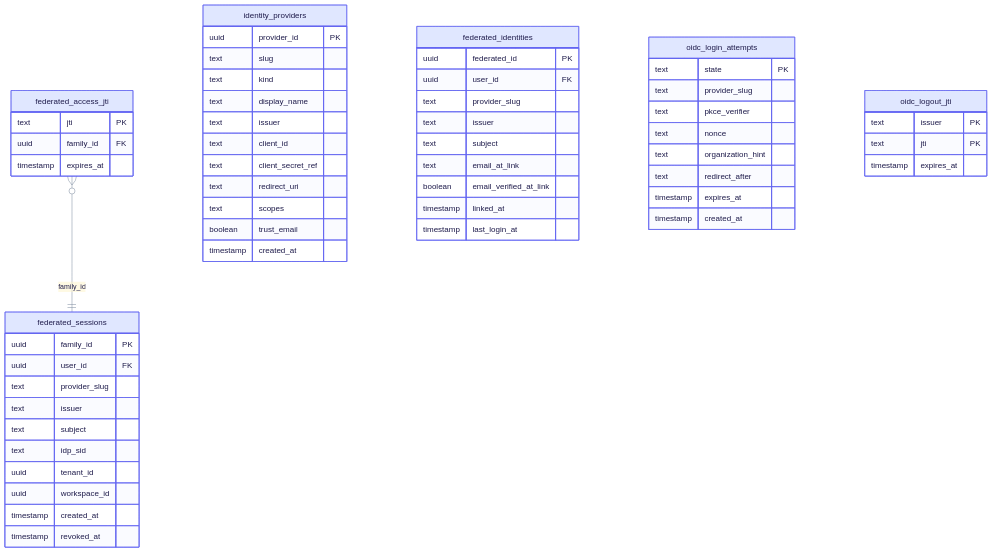
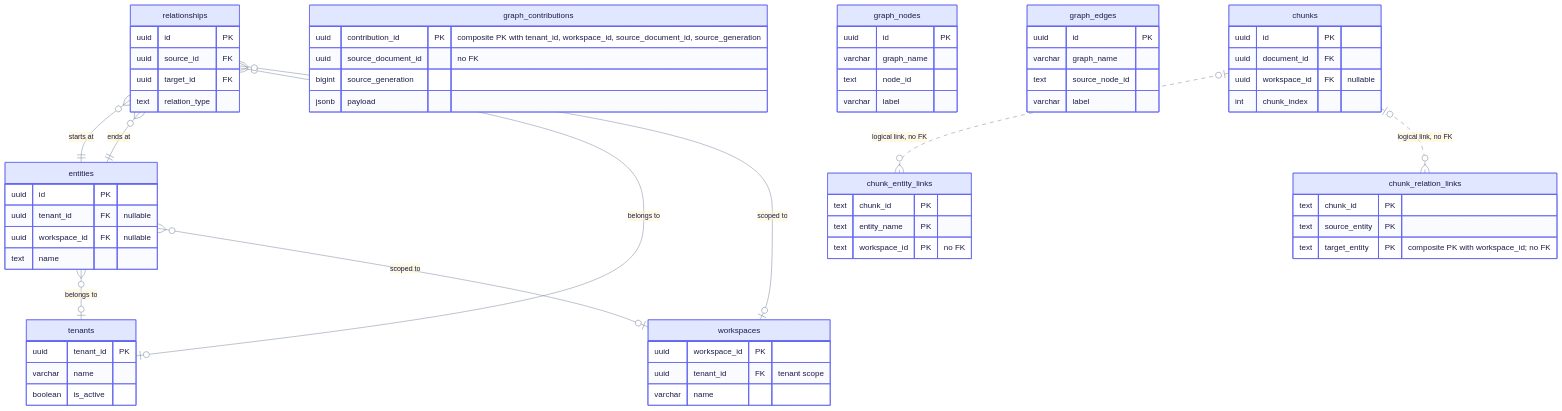
Before and after one commit to raphaelmansuy/edgequake: the fourth of 14 diagrams in docs/data-layer/schema-er.md, drawn with Mermaid. The commit also changed other lines of this file and 194 other files, not shown here.

First line of the commit message:
Refresh docs against code and rebuild schema E/R as progressive steps

````diff
--- a/docs/data-layer/schema-er.md
+++ b/docs/data-layer/schema-er.md
@@ -186,62 +146,69 @@
 ```mermaid
 %%{init: {"theme":"base","themeVariables":{"primaryColor":"#E0E7FF","primaryBorderColor":"#6366F1","primaryTextColor":"#1E1B4B","secondaryColor":"#D1FAE5","secondaryBorderColor":"#10B981","secondaryTextColor":"#064E3B","tertiaryColor":"#FEF3C7","tertiaryBorderColor":"#F59E0B","tertiaryTextColor":"#6B7A90","lineColor":"#7A889C","clusterBkg":"rgba(99,102,241,0.07)","clusterBorder":"#A5B4FC","noteBkgColor":"#FEF9C3","noteTextColor":"#422006","textColor":"#6B7A90","titleColor":"#6B7A90","signalColor":"#7A889C","signalTextColor":"#6B7A90","loopTextColor":"#6B7A90","edgeLabelBackground":"#F1F5F9","actorLineColor":"#94A3B8"}}}%%
 %% eq-theme:v1
 erDiagram
-    federated_access_jti }o--|| federated_sessions : "family_id"
-    identity_providers {
-        uuid provider_id PK
-        text slug
-        text kind
-        text display_name
-        text issuer
-        text client_id
-        text client_secret_ref
-        text redirect_uri
-        text scopes
-        boolean trust_email
-        timestamp created_at
+    entities {
+        uuid id PK
+        uuid tenant_id FK "nullable"
+        uuid workspace_id FK "nullable"
+        text name
     }
-    federated_identities {
-        uuid federated_id PK
-        uuid user_id FK
-        text provider_slug
-        text issuer
-        text subject
-        text email_at_link
-        boolean email_verified_at_link
-        timestamp linked_at
-        timestamp last_login_at
+    relationships {
+        uuid id PK
+        uuid source_id FK
+        uuid target_id FK
+        text relation_type
     }
-    federated_sessions {
-        uuid family_id PK
-        uuid user_id FK
-        text provider_slug
-        text issuer
-        text subject
-        text idp_sid
-        uuid tenant_id
-        uuid workspace_id
-        timestamp created_at
-        timestamp revoked_at
+    chunk_entity_links {
+        text chunk_id PK
+        text entity_name PK
+        text workspace_id PK "no FK"
     }
-    federated_access_jti {
-        text jti PK
-        uuid family_id FK
-        timestamp expires_at
+    chunk_relation_links {
+        text chunk_id PK
+        text source_entity PK
+        text target_entity PK "composite PK with workspace_id; no FK"
     }
-    oidc_login_attempts {
-        text state PK
-        text provider_slug
-        text pkce_verifier
-        text nonce
-        text organization_hint
-        text redirect_after
-        timestamp expires_at
-        timestamp created_at
+    graph_contributions {
+        uuid contribution_id PK "composite PK with tenant_id, workspace_id, source_document_id, source_generation"
+        uuid source_document_id "no FK"
+        bigint source_generation
+        jsonb payload
     }
-    oidc_logout_jti {
-        text issuer PK
-        text jti PK
-        timestamp expires_at
+    graph_nodes {
+        uuid id PK
+        varchar graph_name
+        text node_id
+        varchar label
     }
+    graph_edges {
+        uuid id PK
+        varchar graph_name
+        text source_node_id
+        varchar label
+    }
+    tenants {
+        uuid tenant_id PK
+        varchar name
+        boolean is_active
+    }
+    workspaces {
+        uuid workspace_id PK
+        uuid tenant_id FK "tenant scope"
+        varchar name
+    }
+    chunks {
+        uuid id PK
+        uuid document_id FK
+        uuid workspace_id FK "nullable"
+        int chunk_index
+    }
+    entities }o--o| tenants : "belongs to"
+    entities }o--o| workspaces : "scoped to"
+    relationships }o--|| entities : "starts at"
+    relationships }o--|| entities : "ends at"
+    relationships }o--o| tenants : "belongs to"
+    relationships }o--o| workspaces : "scoped to"
+    chunks |o..o{ chunk_entity_links : "logical link, no FK"
+    chunks |o..o{ chunk_relation_links : "logical link, no FK"
 ```
````
